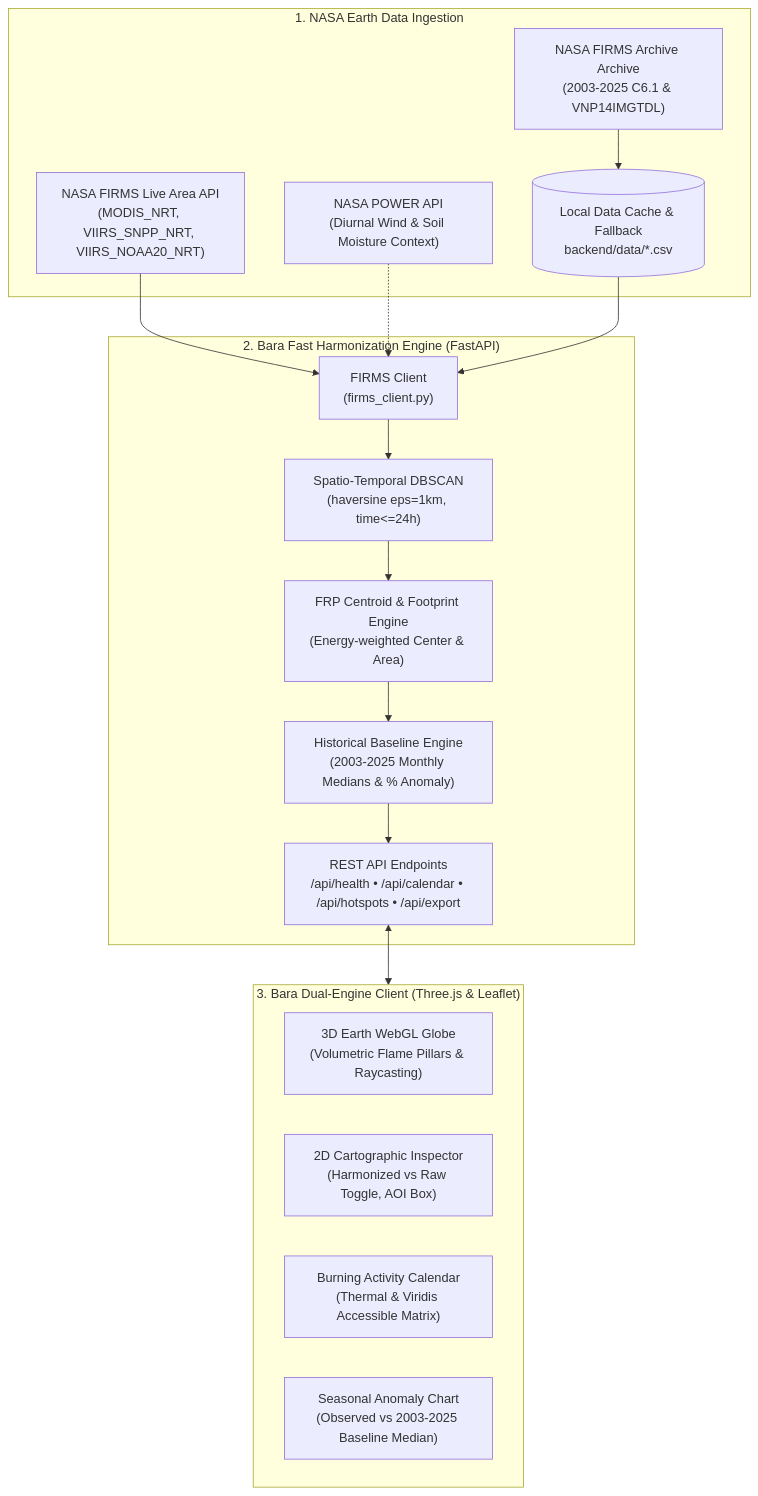
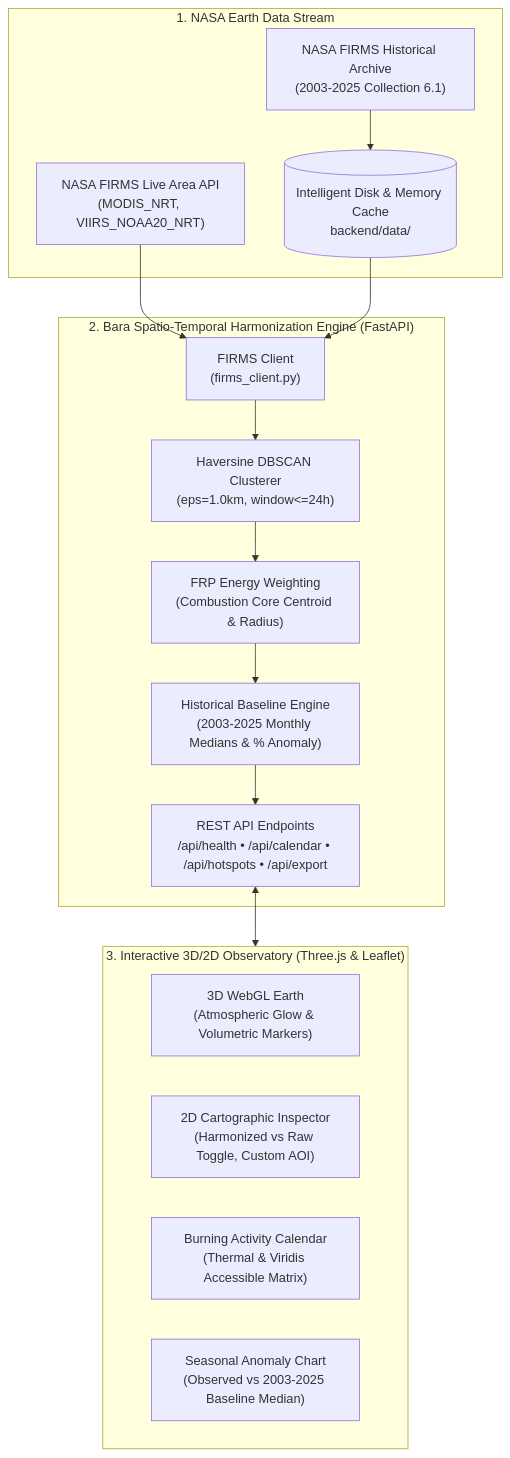
Before and after one commit to YHENG-1/nasa-spaceapps-bara: the diagram in README.md, drawn with Mermaid. The commit also changed other lines of this file and 1 other file, not shown here.

Commit message:
docs: upgrade README with visual hero banner, live preview, and refined design

````diff
--- a/README.md
+++ b/README.md
@@ -51,34 +64,32 @@
 ```mermaid
 flowchart TD
-    subgraph DataLayer["1. NASA Earth Data Ingestion"]
-        F1["NASA FIRMS Live Area API<br/>(MODIS_NRT, VIIRS_SNPP_NRT, VIIRS_NOAA20_NRT)"]
-        F2["NASA FIRMS Archive Archive<br/>(2003-2025 C6.1 & VNP14IMGTDL)"]
-        F3["NASA POWER API<br/>(Diurnal Wind & Soil Moisture Context)"]
-        Cache[("Local Data Cache & Fallback<br/>backend/data/*.csv")]
+    subgraph DataIngestion["1. NASA Earth Data Stream"]
+        F1["NASA FIRMS Live Area API<br/>(MODIS_NRT, VIIRS_NOAA20_NRT)"]
+        F2["NASA FIRMS Historical Archive<br/>(2003-2025 Collection 6.1)"]
+        Cache[("Intelligent Disk & Memory Cache<br/>backend/data/")]
     end
 
-    subgraph BackendCore["2. Bara Fast Harmonization Engine (FastAPI)"]
+    subgraph BackendCore["2. Bara Spatio-Temporal Harmonization Engine (FastAPI)"]
         Client["FIRMS Client<br/>(firms_client.py)"]
-        Harmonizer["Spatio-Temporal DBSCAN<br/>(haversine eps=1km, time<=24h)"]
-        FRP["FRP Centroid & Footprint Engine<br/>(Energy-weighted Center & Area)"]
+        Harmonizer["Haversine DBSCAN Clusterer<br/>(eps=1.0km, window<=24h)"]
+        FRP["FRP Energy Weighting<br/>(Combustion Core Centroid & Radius)"]
         Baseline["Historical Baseline Engine<br/>(2003-2025 Monthly Medians & % Anomaly)"]
         Endpoints["REST API Endpoints<br/>/api/health • /api/calendar • /api/hotspots • /api/export"]
     end
 
-    subgraph FrontendApp["3. Bara Dual-Engine Client (Three.js & Leaflet)"]
-        ThreeGlobe["3D Earth WebGL Globe<br/>(Volumetric Flame Pillars & Raycasting)"]
-        LeafletMap["2D Cartographic Inspector<br/>(Harmonized vs Raw Toggle, AOI Box)"]
+    subgraph FrontendApp["3. Interactive 3D/2D Observatory (Three.js & Leaflet)"]
+        ThreeGlobe["3D WebGL Earth<br/>(Atmospheric Glow & Volumetric Markers)"]
+        LeafletMap["2D Cartographic Inspector<br/>(Harmonized vs Raw Toggle, Custom AOI)"]
         CalView["Burning Activity Calendar<br/>(Thermal & Viridis Accessible Matrix)"]
         ChartComp["Seasonal Anomaly Chart<br/>(Observed vs 2003-2025 Baseline Median)"]
     end
 
     F1 --> Client
     F2 --> Cache
-    F3 -.-> Client
     Cache --> Client
     Client --> Harmonizer
     Harmonizer --> FRP
     FRP --> Baseline
     Baseline --> Endpoints
     Endpoints <--> FrontendApp
 ```
````
